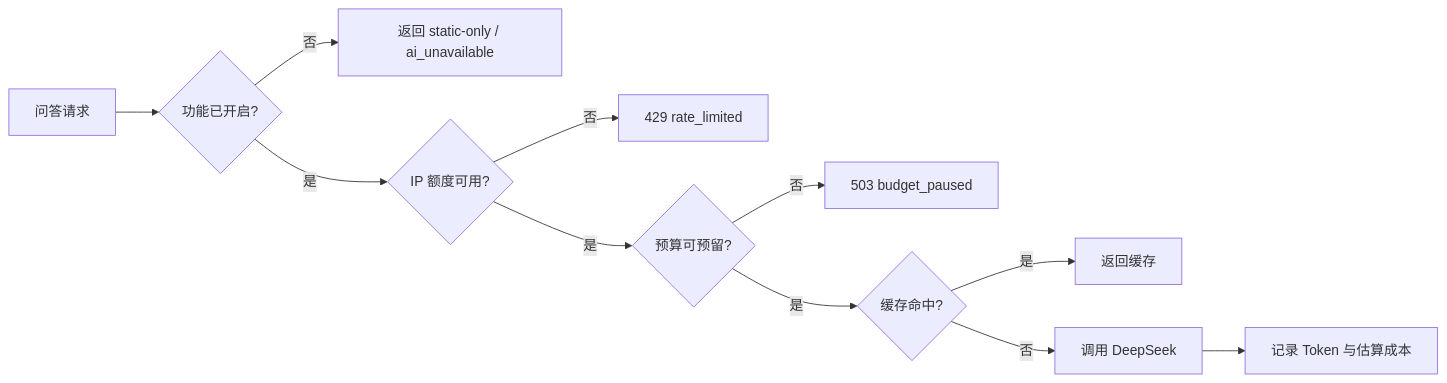
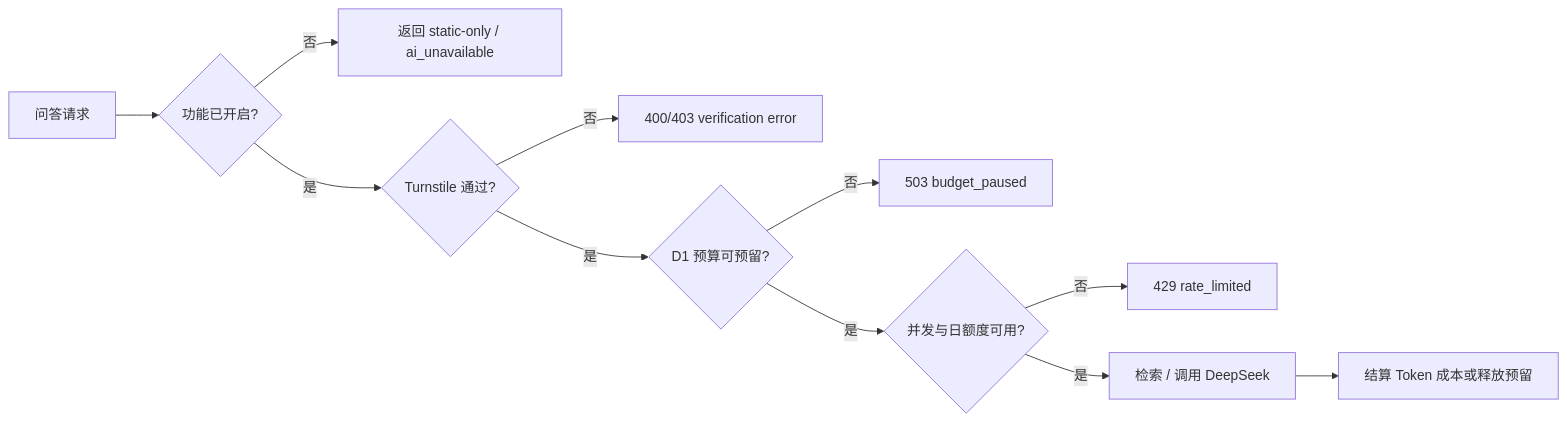
One commit to Dyj0926D/newseviday changed the diagram in docs/安全与成本控制.md. Above: the diagram before and after it, drawn with Mermaid. The commit also changed other lines of this file and 41 other files, not shown here.

````diff
--- a/docs/安全与成本控制.md
+++ b/docs/安全与成本控制.md
@@ -25,13 +25,13 @@
 ```mermaid
 flowchart LR
     R["问答请求"] --> F{"功能已开启?"}
     F -- 否 --> S["返回 static-only / ai_unavailable"]
-    F -- 是 --> L{"IP 额度可用?"}
+    F -- 是 --> T{"Turnstile 通过?"}
+    T -- 否 --> TV["400/403 verification error"]
+    T -- 是 --> B{"D1 预算可预留?"}
+    B -- 否 --> BP["503 budget_paused"]
+    B -- 是 --> L{"并发与日额度可用?"}
     L -- 否 --> RL["429 rate_limited"]
-    L -- 是 --> B{"预算可预留?"}
-    B -- 否 --> BP["503 budget_paused"]
-    B -- 是 --> C{"缓存命中?"}
-    C -- 是 --> CR["返回缓存"]
-    C -- 否 --> M["调用 DeepSeek"]
-    M --> U["记录 Token 与估算成本"]
+    L -- 是 --> M["检索 / 调用 DeepSeek"]
+    M --> U["结算 Token 成本或释放预留"]
 ```
````
